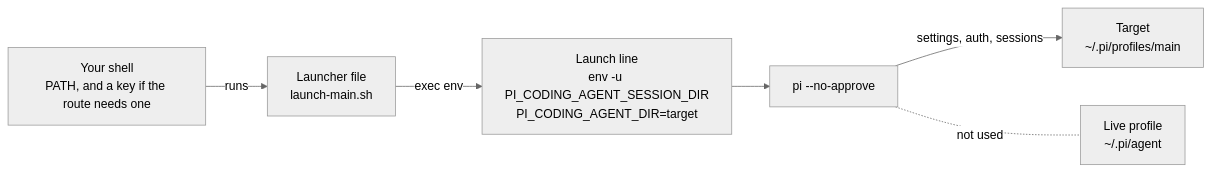
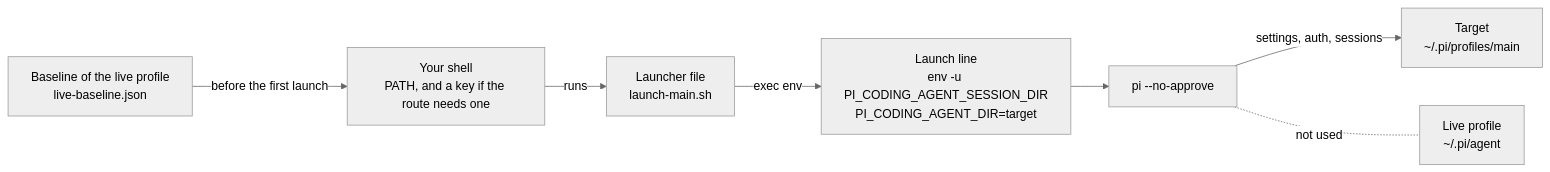
The diagram in src/content/docs/tenant-pi/install/stage-8-launch.mdx (ryg40/tenant-docs), drawn with Mermaid (neutral theme) before and after one commit. The commit also changed other lines of this file and 195 other files, not shown here.

````diff
--- a/src/content/docs/tenant-pi/install/stage-8-launch.mdx
+++ b/src/content/docs/tenant-pi/install/stage-8-launch.mdx
@@ -25,8 +26,9 @@
 ```mermaid
 flowchart LR
+    base["Baseline of the live profile<br/>live-baseline.json"] -->|"before the first launch"| shell
     shell["Your shell<br/>PATH, and a key if the route needs one"] -->|"runs"| file["Launcher file<br/>launch-main.sh"]
     file -->|"exec env"| line["Launch line<br/>env -u PI_CODING_AGENT_SESSION_DIR<br/>PI_CODING_AGENT_DIR=target"]
     line --> pi["pi --no-approve"]
     pi -->|"settings, auth, sessions"| target["Target<br/>~/.pi/profiles/main"]
     pi -.-|"not used"| live["Live profile<br/>~/.pi/agent"]
 ```
````
